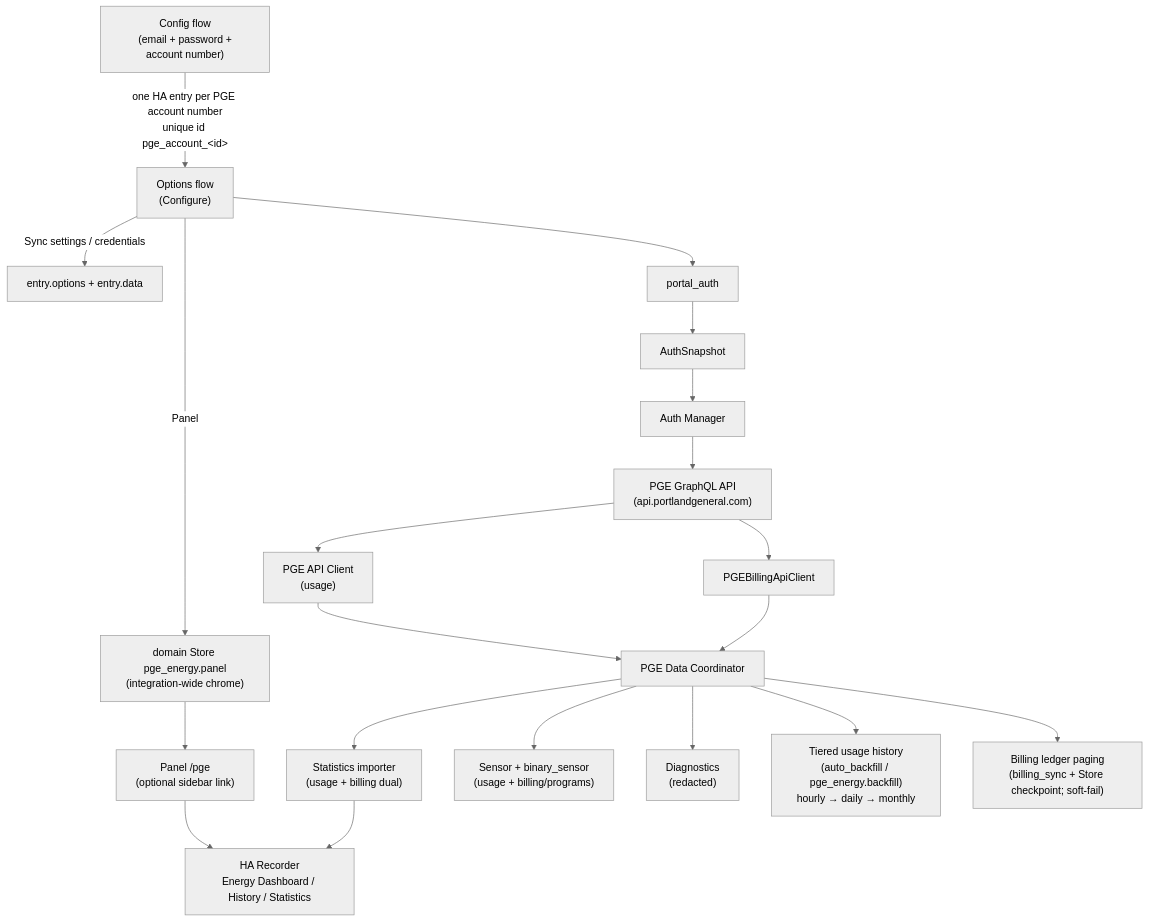
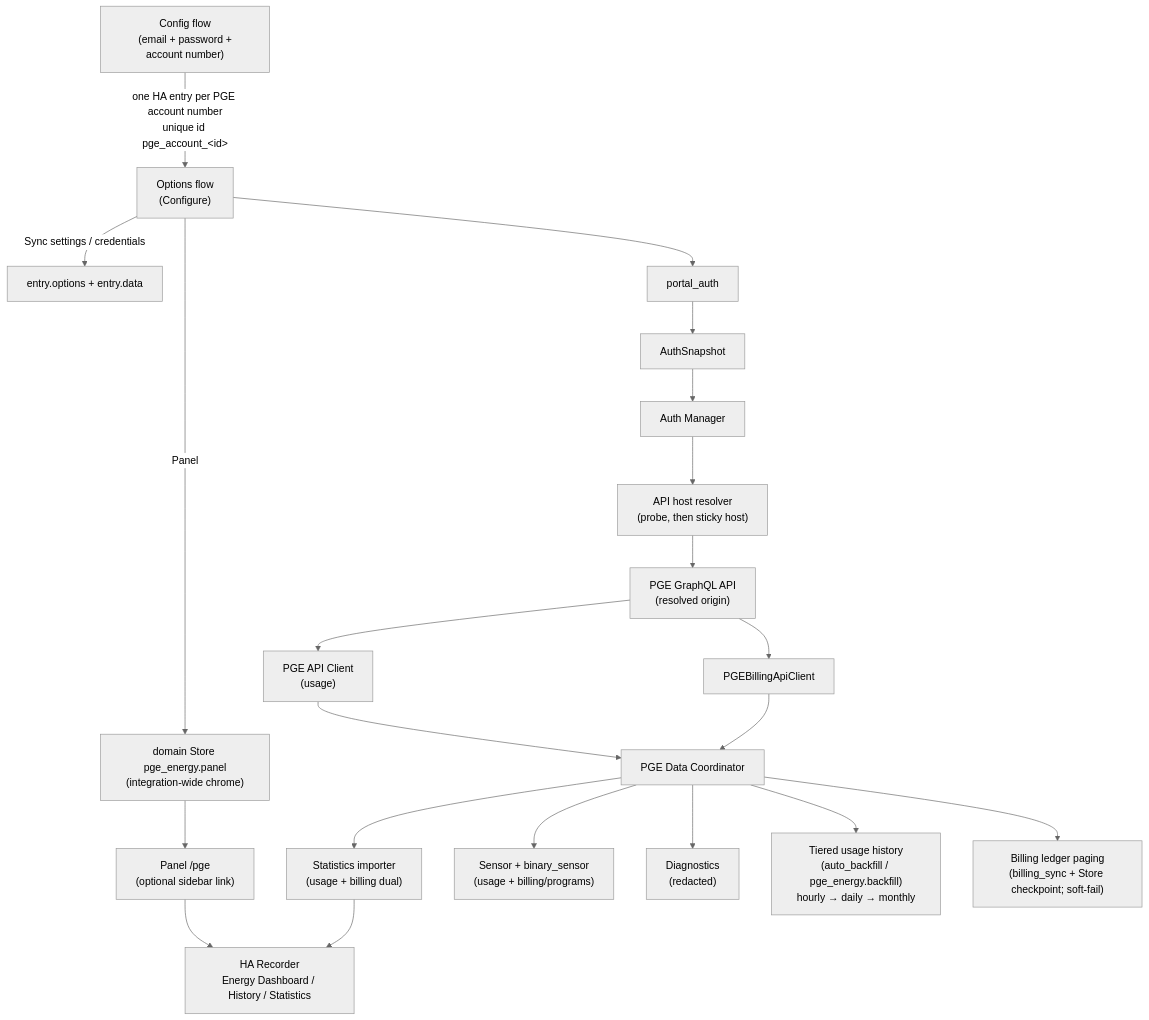
The diagram in docs/ARCHITECTURE.md (spencerthayer/homeassistant-pge), drawn with Mermaid (neutral theme) before and after one commit. The commit also changed 34 other files, not shown here.

First line of the commit message:
Fail over to a live PGE API host when the gateway moves.

````diff
--- a/docs/ARCHITECTURE.md
+++ b/docs/ARCHITECTURE.md
@@ -5,31 +5,32 @@
 ```mermaid
 flowchart TD
   A1["Config flow<br/> (email + password + account number)"]
   A2["Options flow<br/> (Configure)"]
   A1 -->|"one HA entry per PGE account number<br/>unique id pge_account_#lt;id#gt;"| A2
 
   A2 -->|"Sync settings / credentials"| EntryOptions["entry.options + entry.data"]
   A2 -->|"Panel"| PanelStore["domain Store pge_energy.panel<br/>(integration-wide chrome)"]
   A2 --> PortalAuth[portal_auth]
 
   PortalAuth --> AuthSnapshot[AuthSnapshot]
   AuthSnapshot --> AuthManager[Auth Manager]
-  AuthManager --> PGEAPI["PGE GraphQL API<br/>(api.portlandgeneral.com)"]
+  AuthManager --> HostResolver["API host resolver<br/>(probe, then sticky host)"]
+  HostResolver --> PGEAPI["PGE GraphQL API<br/>(resolved origin)"]
 
   PGEAPI --> PGEUsage["PGE API Client<br/>(usage)"]
   PGEAPI --> PGEBilling[PGEBillingApiClient]
 
   PGEUsage --> Coordinator["PGE Data Coordinator"]
   PGEBilling --> Coordinator
 
   Coordinator --> StatsImporter["Statistics importer<br/>(usage + billing dual)"]
   Coordinator --> Sensors["Sensor + binary_sensor<br/>(usage + billing/programs)"]
   Coordinator --> Diagnostics["Diagnostics<br/>(redacted)"]
 
   StatsImporter --> Recorder["HA Recorder<br/>Energy Dashboard / History / Statistics"]
   PanelStore --> Panel["Panel /pge<br/>(optional sidebar link)"]
   Panel --> Recorder
 
   Coordinator --> Note["Tiered usage history<br/>(auto_backfill / pge_energy.backfill)<br/>hourly → daily → monthly"]
   Coordinator --> BillingNote["Billing ledger paging<br/>(billing_sync + Store checkpoint; soft-fail)"]
 ```
````
